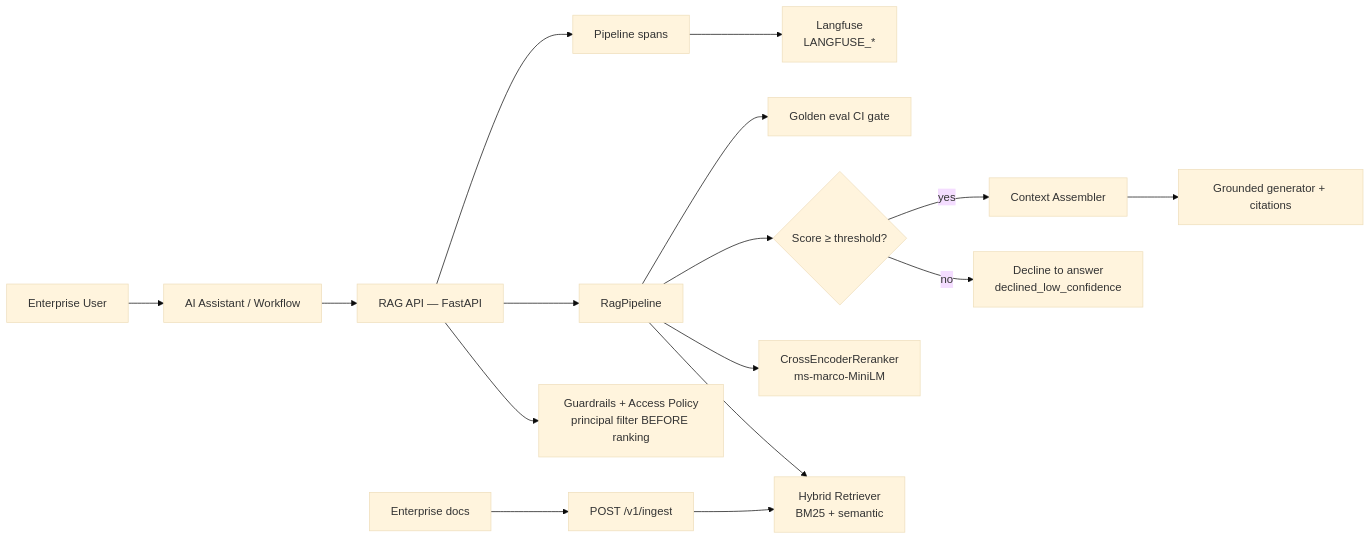
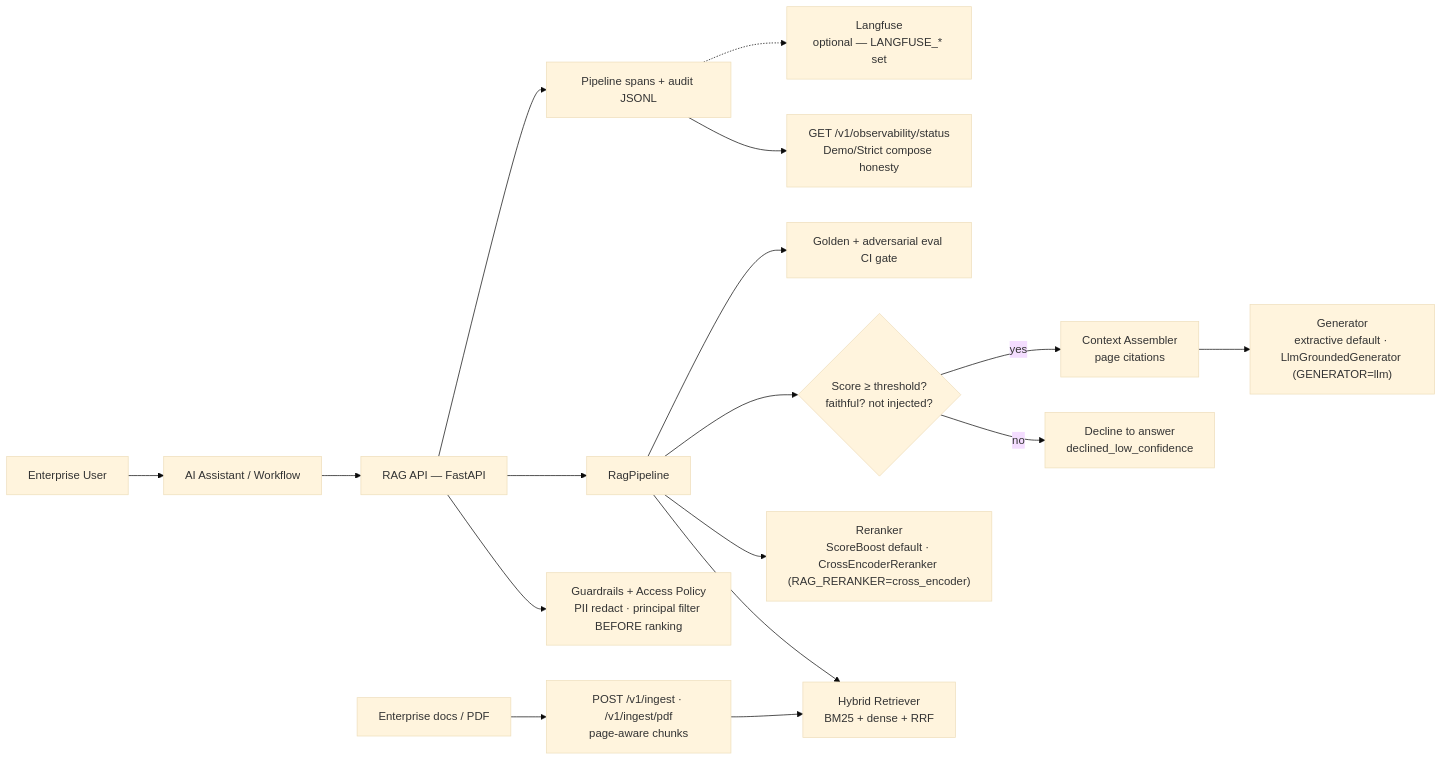
One commit to vpeetla-ai/enterprise_rag_platform changed the diagram in docs/diagrams/canonical-architecture.mmd. Above: the diagram before and after it, drawn with Mermaid (base theme).

```diff
--- a/docs/diagrams/canonical-architecture.mmd
+++ b/docs/diagrams/canonical-architecture.mmd
@@ -1,16 +1,17 @@
 flowchart LR
   User["Enterprise User"] --> App["AI Assistant / Workflow"]
   App --> Gateway["RAG API — FastAPI"]
-  Gateway --> Policy["Guardrails + Access Policy<br/>principal filter BEFORE ranking"]
+  Gateway --> Policy["Guardrails + Access Policy<br/>PII redact · principal filter BEFORE ranking"]
   Gateway --> Orchestrator["RagPipeline"]
-  Orchestrator --> Retrieval["Hybrid Retriever<br/>BM25 + semantic"]
-  Orchestrator --> Rerank["CrossEncoderReranker<br/>ms-marco-MiniLM"]
-  Orchestrator --> Decline{"Score ≥ threshold?"}
+  Orchestrator --> Retrieval["Hybrid Retriever<br/>BM25 + dense + RRF"]
+  Orchestrator --> Rerank["Reranker<br/>ScoreBoost default · CrossEncoderReranker (RAG_RERANKER=cross_encoder)"]
+  Orchestrator --> Decline{"Score ≥ threshold?<br/>faithful? not injected?"}
   Decline -->|no| Refuse["Decline to answer<br/>declined_low_confidence"]
-  Decline -->|yes| Context["Context Assembler"]
-  Context --> Gen["Grounded generator + citations"]
-  Sources["Enterprise docs"] --> Ingestion["POST /v1/ingest"]
+  Decline -->|yes| Context["Context Assembler<br/>page citations"]
+  Context --> Gen["Generator<br/>extractive default · LlmGroundedGenerator (GENERATOR=llm)"]
+  Sources["Enterprise docs / PDF"] --> Ingestion["POST /v1/ingest · /v1/ingest/pdf<br/>page-aware chunks"]
   Ingestion --> Retrieval
-  Gateway --> Obs["Pipeline spans"]
-  Orchestrator --> Eval["Golden eval CI gate"]
-  Obs --> LF["Langfuse<br/>LANGFUSE_*"]
+  Gateway --> Obs["Pipeline spans + audit JSONL"]
+  Orchestrator --> Eval["Golden + adversarial eval CI gate"]
+  Obs --> ST["GET /v1/observability/status<br/>Demo/Strict compose honesty"]
+  Obs -.-> LF["Langfuse<br/>optional — LANGFUSE_* set"]
```
